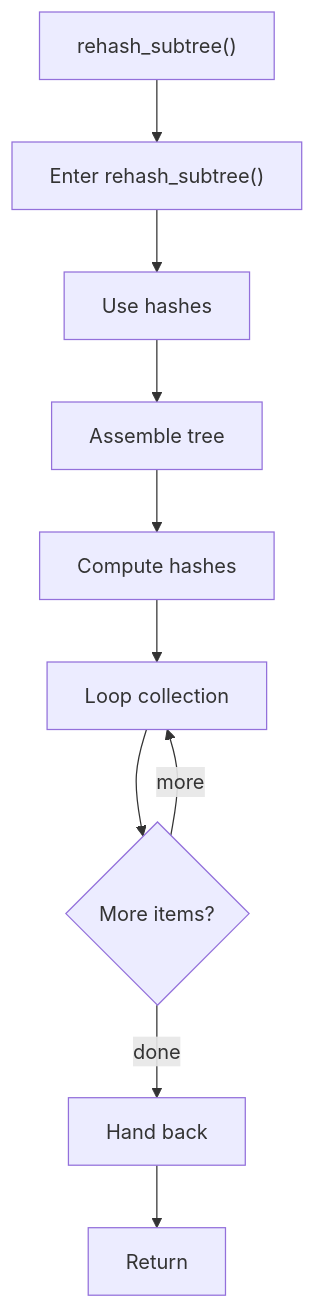
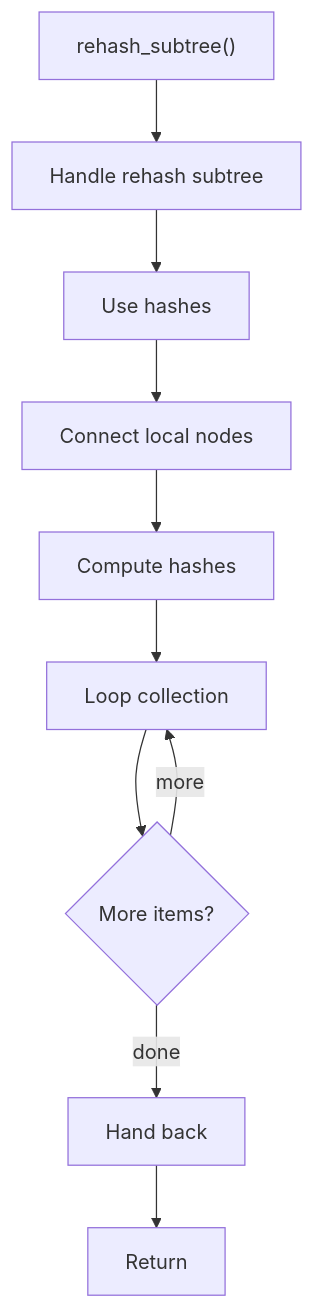
Before and after one commit to JohnAndrewBalbarosa/NeoTerritory: the diagram in docs/Codebase/Microservice/Modules/Source/HashingMechanism/ReverseMerkle/Flow/functions/rehash_subtree.cpp.md, drawn with Mermaid. The commit also changed other lines of this file and 915 other files, not shown here.

````diff
--- a/docs/Codebase/Microservice/Modules/Source/HashingMechanism/ReverseMerkle/Flow/functions/rehash_subtree.cpp.md
+++ b/docs/Codebase/Microservice/Modules/Source/HashingMechanism/ReverseMerkle/Flow/functions/rehash_subtree.cpp.md
@@ -20,21 +20,21 @@
 ```mermaid
 flowchart TD
     Start["rehash_subtree()"]
-    N0["Enter rehash_subtree()"]
+    N0["Handle rehash subtree"]
     N1["Use hashes"]
-    N2["Assemble tree"]
+    N2["Connect local nodes"]
     N3["Compute hashes"]
     N4["Loop collection"]
     L4{"More items?"}
     N5["Hand back"]
     End["Return"]
     Start --> N0
     N0 --> N1
     N1 --> N2
     N2 --> N3
     N3 --> N4
     N4 --> L4
     L4 -->|more| N4
     L4 -->|done| N5
     N5 --> End
 ```
````
